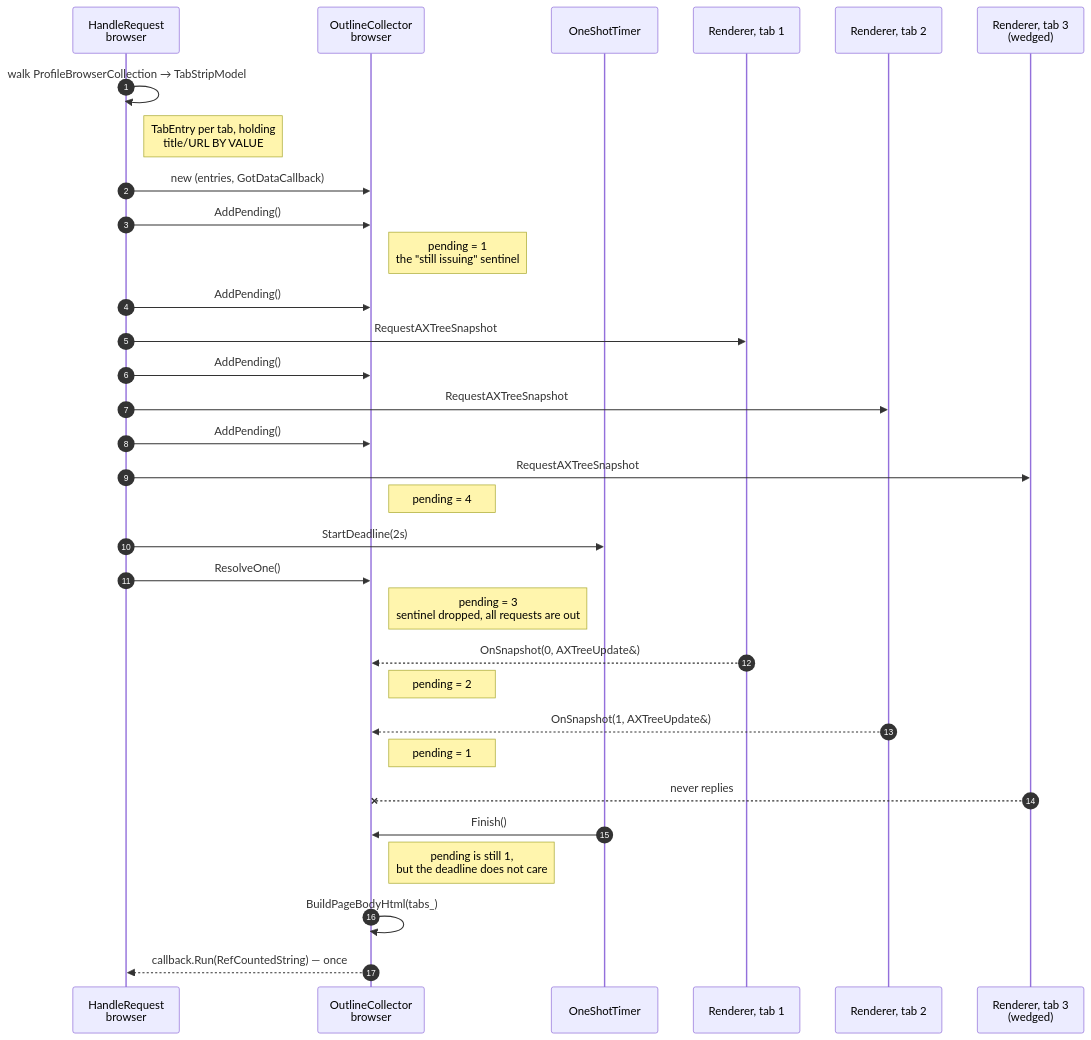
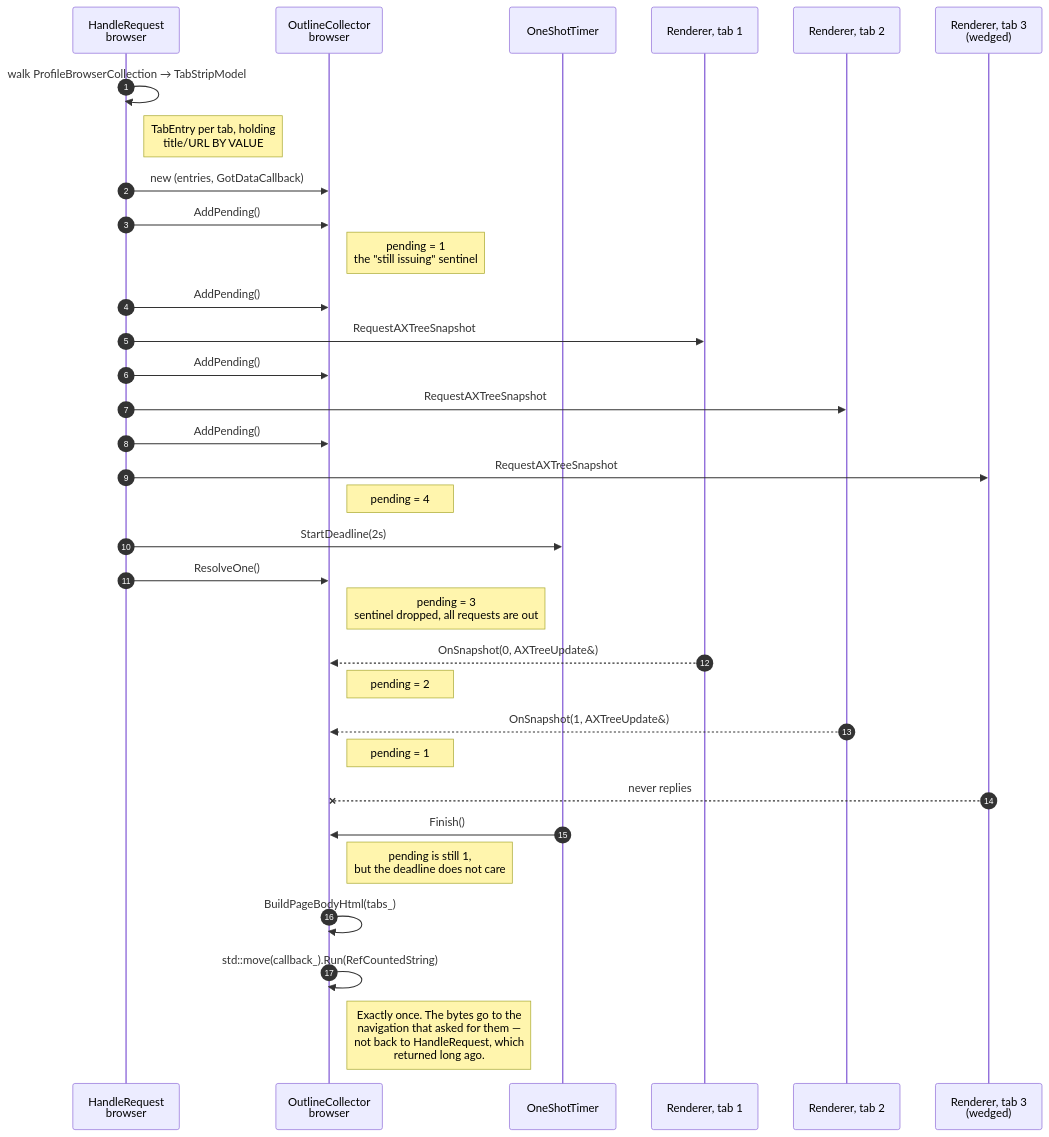
The fourth of 11 diagrams in docs/floating_window/floating-window-page-outlines.md (obeletski/chromium), drawn with Mermaid before and after one commit. The commit also changed other lines of this file and 12 other files, not shown here.

````diff
--- a/docs/floating_window/floating-window-page-outlines.md
+++ b/docs/floating_window/floating-window-page-outlines.md
@@ -129,40 +190,41 @@
 ```mermaid
 sequenceDiagram
   autonumber
   participant HR as HandleRequest<br/>browser
   participant OC as OutlineCollector<br/>browser
   participant T as OneShotTimer
   participant R1 as Renderer, tab 1
   participant R2 as Renderer, tab 2
   participant RW as Renderer, tab 3<br/>(wedged)
 
   HR->>HR: walk ProfileBrowserCollection → TabStripModel
   Note right of HR: TabEntry per tab, holding<br/>title/URL BY VALUE
 
   HR->>OC: new (entries, GotDataCallback)
   HR->>OC: AddPending()
   Note right of OC: pending = 1<br/>the "still issuing" sentinel
 
   HR->>OC: AddPending()
   HR->>R1: RequestAXTreeSnapshot
   HR->>OC: AddPending()
   HR->>R2: RequestAXTreeSnapshot
   HR->>OC: AddPending()
   HR->>RW: RequestAXTreeSnapshot
   Note right of OC: pending = 4
 
   HR->>T: StartDeadline(2s)
   HR->>OC: ResolveOne()
   Note right of OC: pending = 3<br/>sentinel dropped, all requests are out
 
   R1-->>OC: OnSnapshot(0, AXTreeUpdate&)
   Note right of OC: pending = 2
   R2-->>OC: OnSnapshot(1, AXTreeUpdate&)
   Note right of OC: pending = 1
   RW--xOC: never replies
 
   T->>OC: Finish()
   Note right of OC: pending is still 1,<br/>but the deadline does not care
   OC->>OC: BuildPageBodyHtml(tabs_)
-  OC-->>HR: callback.Run(RefCountedString) — once
+  OC->>OC: std::move(callback_).Run(RefCountedString)
+  Note right of OC: Exactly once. The bytes go to the<br/>navigation that asked for them —<br/>not back to HandleRequest, which<br/>returned long ago.
 ```
````
